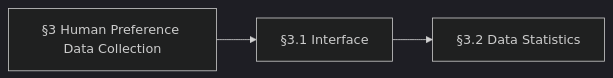
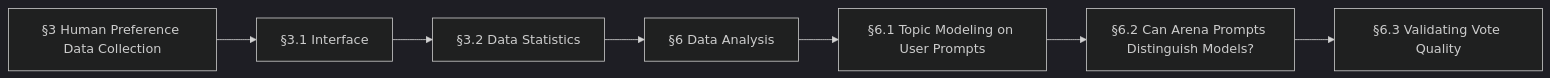
One commit to DarknessLED/dsh-loom changed diagram 12 of 16 in docs/research/work-r2-score-noise-2026-11-25.md. Above: the diagram before and after it, drawn with Mermaid (dark theme). The commit also changed other lines of this file and 39 other files, not shown here.

````diff
--- a/docs/research/work-r2-score-noise-2026-11-25.md
+++ b/docs/research/work-r2-score-noise-2026-11-25.md
@@ -1218,8 +1224,16 @@
 ```mermaid
 flowchart LR
   N0["§3 Human Preference Data Collection"]
   N1["§3.1 Interface"]
   N2["§3.2 Data Statistics"]
+  N3["§6 Data Analysis"]
+  N4["§6.1 Topic Modeling on User Prompts"]
+  N5["§6.2 Can Arena Prompts Distinguish Models?"]
+  N6["§6.3 Validating Vote Quality"]
   N0 --> N1
   N1 --> N2
+  N2 --> N3
+  N3 --> N4
+  N4 --> N5
+  N5 --> N6
 ```
````
